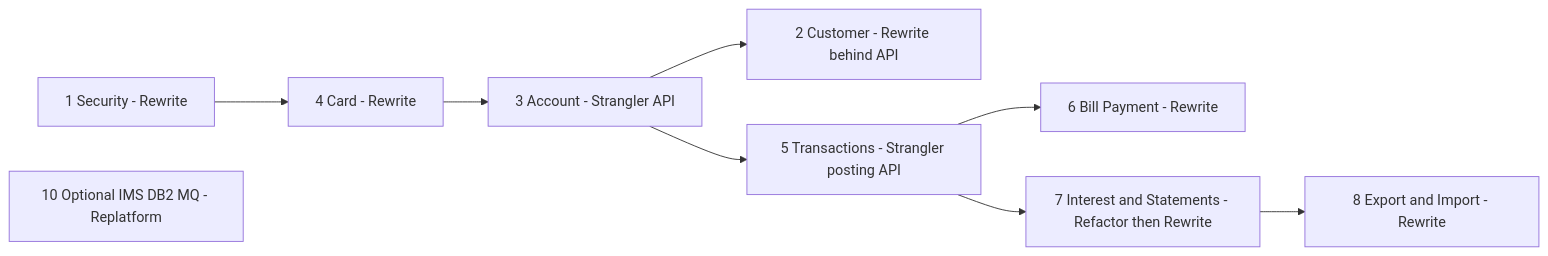
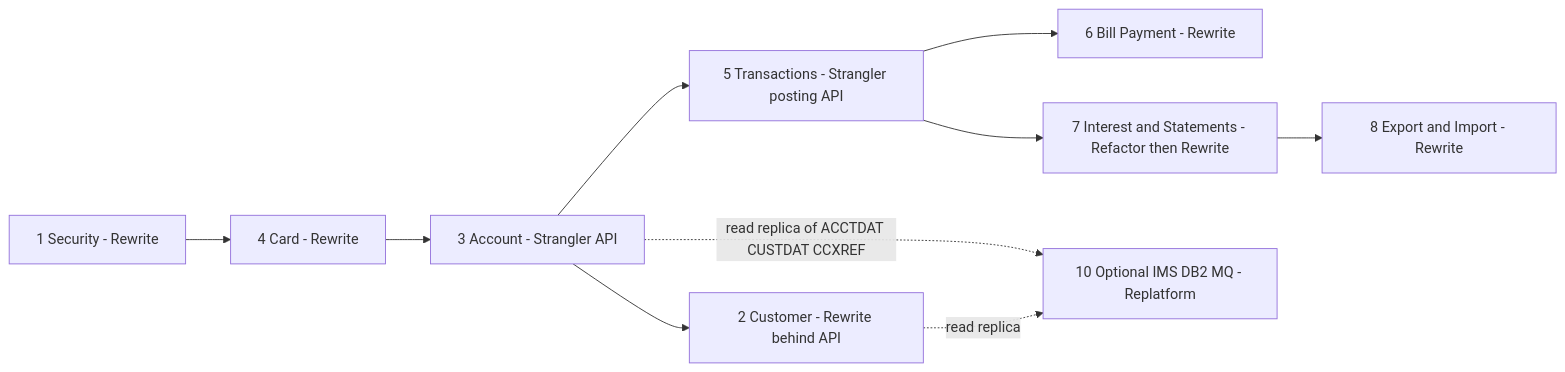
The diagram in MODERNIZATION_BLUEPRINT.md (codev-workshops/uc-legacy-modernization-cobol-to-java), drawn with Mermaid before and after one commit. The commit also changed other lines of this file, not shown here.

Commit message:
docs(blueprint): note CBIMPORT missing CARDOUT DD and optional-module core-file reads

````diff
--- a/MODERNIZATION_BLUEPRINT.md
+++ b/MODERNIZATION_BLUEPRINT.md
@@ -159,11 +161,12 @@
 ```mermaid
 flowchart LR
   S["1 Security - Rewrite"] --> C["4 Card - Rewrite"]
   C --> A["3 Account - Strangler API"]
   A --> CU["2 Customer - Rewrite behind API"]
   A --> T["5 Transactions - Strangler posting API"]
   T --> B["6 Bill Payment - Rewrite"]
   T --> I["7 Interest and Statements - Refactor then Rewrite"]
   I --> E["8 Export and Import - Rewrite"]
-  O["10 Optional IMS DB2 MQ - Replatform"]
+  A -. "read replica of ACCTDAT CUSTDAT CCXREF" .-> O["10 Optional IMS DB2 MQ - Replatform"]
+  CU -. "read replica" .-> O
 ```
````
